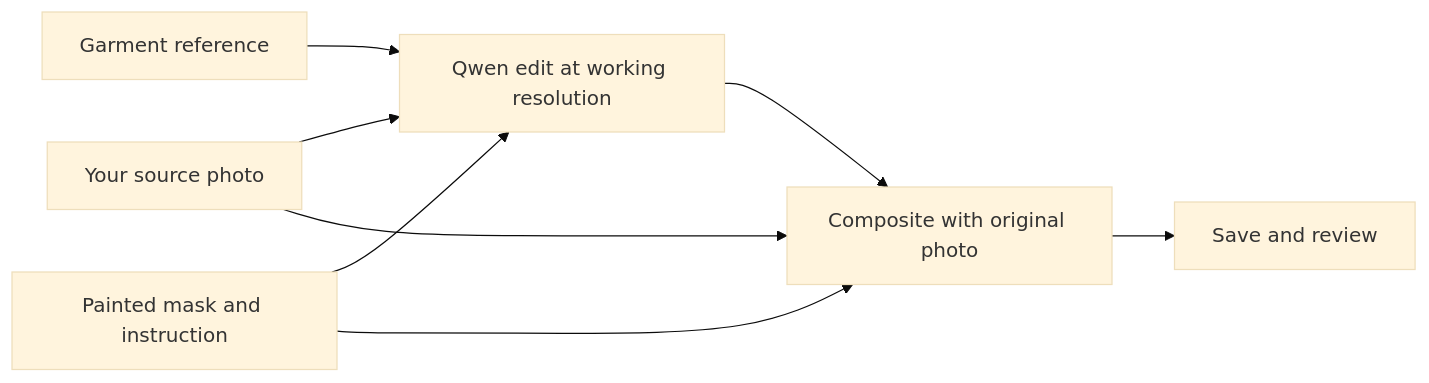
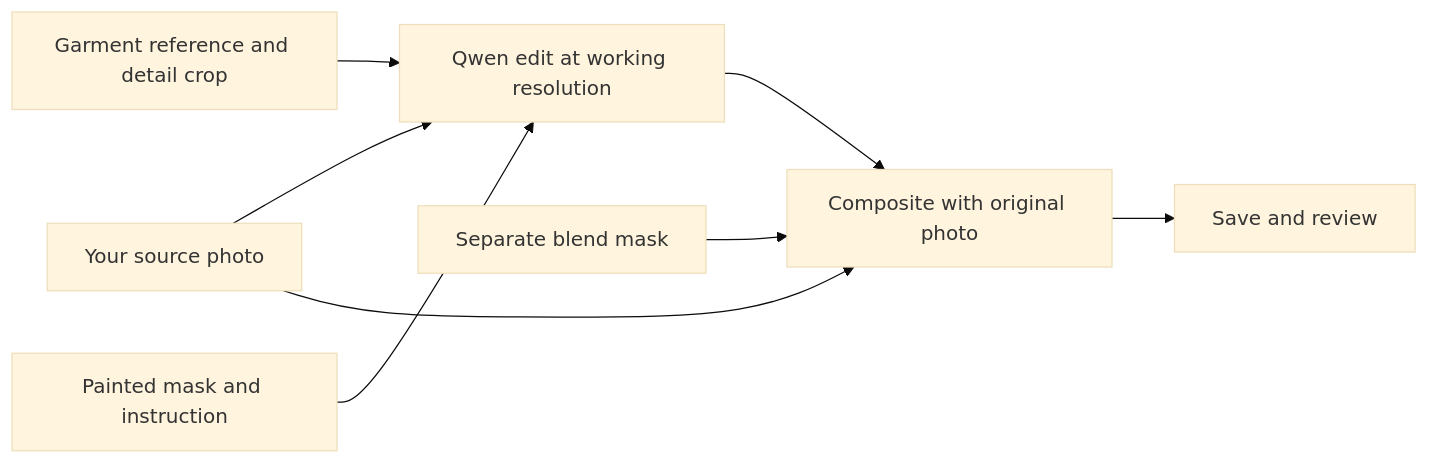
Before and after one commit to binaya-cmd/qwen-fashion-edit-workflow: the diagram in README.md, drawn with Mermaid (base theme). The commit also changed other lines of this file and 1 other file, not shown here.

````diff
--- a/README.md
+++ b/README.md
@@ -162,10 +161,10 @@
 ```mermaid
 flowchart LR
     A[Your source photo] --> Q[Qwen edit at working resolution]
-    B[Garment reference] --> Q
+    B[Garment reference and detail crop] --> Q
     C[Painted mask and instruction] --> Q
     Q --> D[Composite with original photo]
     A --> D
-    C --> D
+    F[Separate blend mask] --> D
     D --> E[Save and review]
 ```
````
